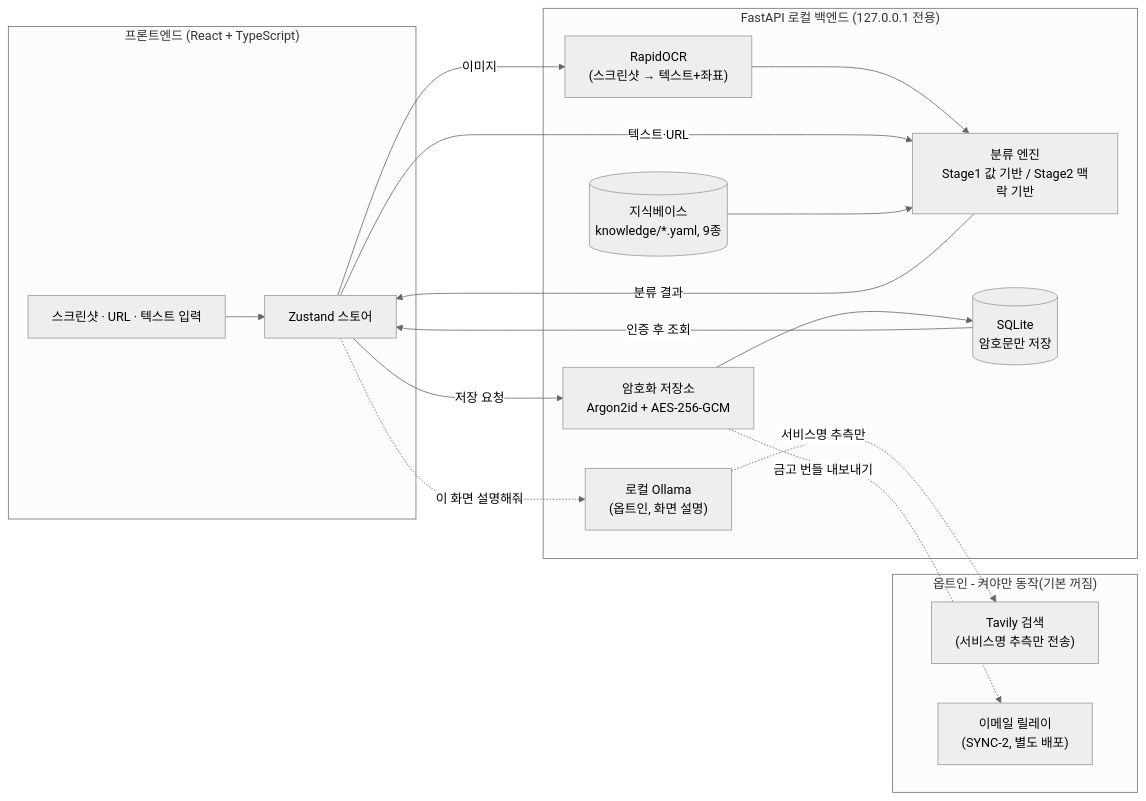
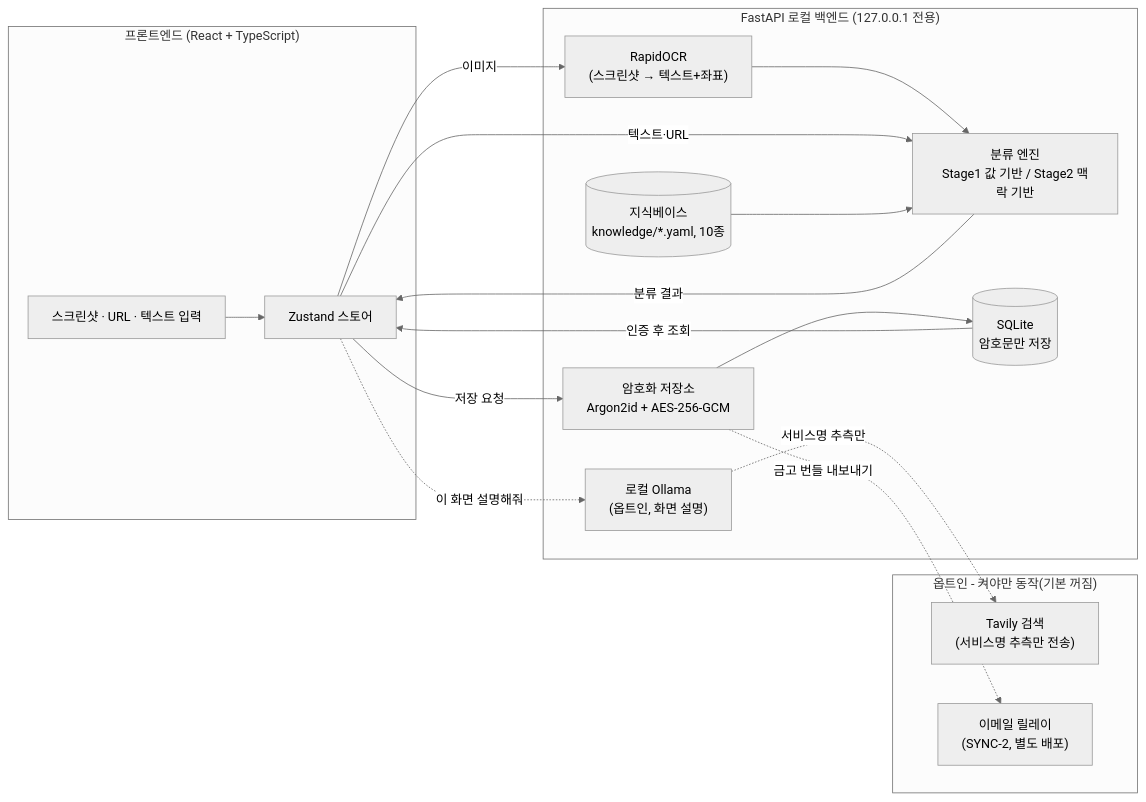
The diagram in README.md (ttogle918/key-manager), drawn with Mermaid (neutral theme) before and after one commit. The commit also changed other lines of this file and 13 other files, not shown here.

````diff
--- a/README.md
+++ b/README.md
@@ -52,30 +52,30 @@
 ```mermaid
 flowchart LR
   subgraph Frontend["프론트엔드 (React + TypeScript)"]
     IN["스크린샷 · URL · 텍스트 입력"] --> STORE["Zustand 스토어"]
   end
 
   subgraph Backend["FastAPI 로컬 백엔드 (127.0.0.1 전용)"]
     OCR["RapidOCR<br/>(스크린샷 → 텍스트+좌표)"]
     CLS["분류 엔진<br/>Stage1 값 기반 / Stage2 맥락 기반"]
-    KB[("지식베이스<br/>knowledge/*.yaml, 9종")]
+    KB[("지식베이스<br/>knowledge/*.yaml, 10종")]
     VAULT["암호화 저장소<br/>Argon2id + AES-256-GCM"]
     DB[("SQLite<br/>암호문만 저장")]
     OLLAMA["로컬 Ollama<br/>(옵트인, 화면 설명)"]
   end
 
   subgraph Optin["옵트인 - 켜야만 동작(기본 꺼짐)"]
     TAVILY["Tavily 검색<br/>(서비스명 추측만 전송)"]
     RELAY["이메일 릴레이<br/>(SYNC-2, 별도 배포)"]
   end
 
   STORE -- 이미지 --> OCR --> CLS
   STORE -- 텍스트·URL --> CLS
   KB --> CLS
   CLS -- 분류 결과 --> STORE
   STORE -- 저장 요청 --> VAULT --> DB
   DB -- 인증 후 조회 --> STORE
   STORE -. "이 화면 설명해줘" .-> OLLAMA
   OLLAMA -. 서비스명 추측만 .-> TAVILY
   VAULT -. 금고 번들 내보내기 .-> RELAY
 ```
````
